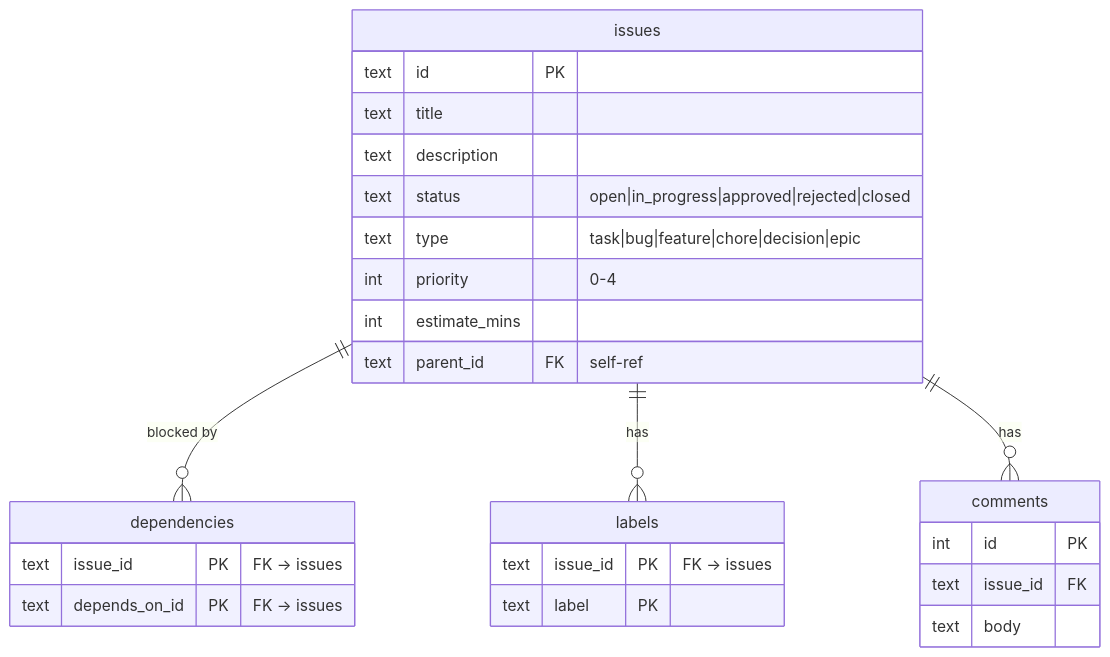
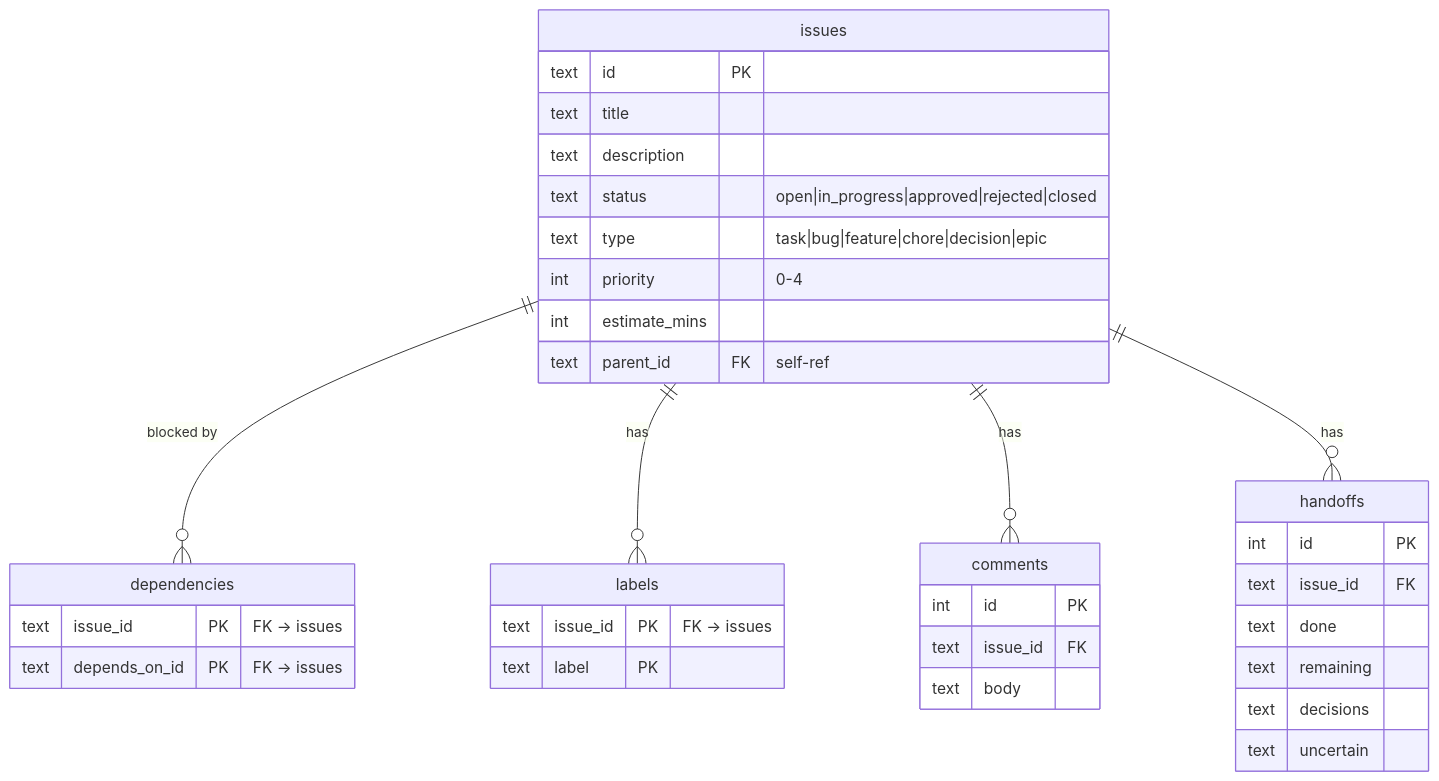
One commit to w-h-a/bees changed the second of 2 diagrams in README.md. Above: the diagram before and after it, drawn with Mermaid. The commit also changed other lines of this file, not shown here.

````diff
--- a/README.md
+++ b/README.md
@@ -96,33 +98,43 @@
 ```mermaid
 erDiagram
   issues {
     text id PK
     text title
     text description
     text status "open|in_progress|approved|rejected|closed"
     text type "task|bug|feature|chore|decision|epic"
     int priority "0-4"
     int estimate_mins
     text parent_id FK "self-ref"
   }
 
   dependencies {
     text issue_id PK "FK → issues"
     text depends_on_id PK "FK → issues"
   }
 
   labels {
     text issue_id PK "FK → issues"
     text label PK
   }
 
   comments {
     int id PK
     text issue_id FK
     text body
   }
 
+  handoffs {
+    int id PK
+    text issue_id FK
+    text done
+    text remaining
+    text decisions
+    text uncertain
+  }
+
   issues ||--o{ dependencies : "blocked by"
   issues ||--o{ labels : has
   issues ||--o{ comments : has
+  issues ||--o{ handoffs : has
 ```
````
